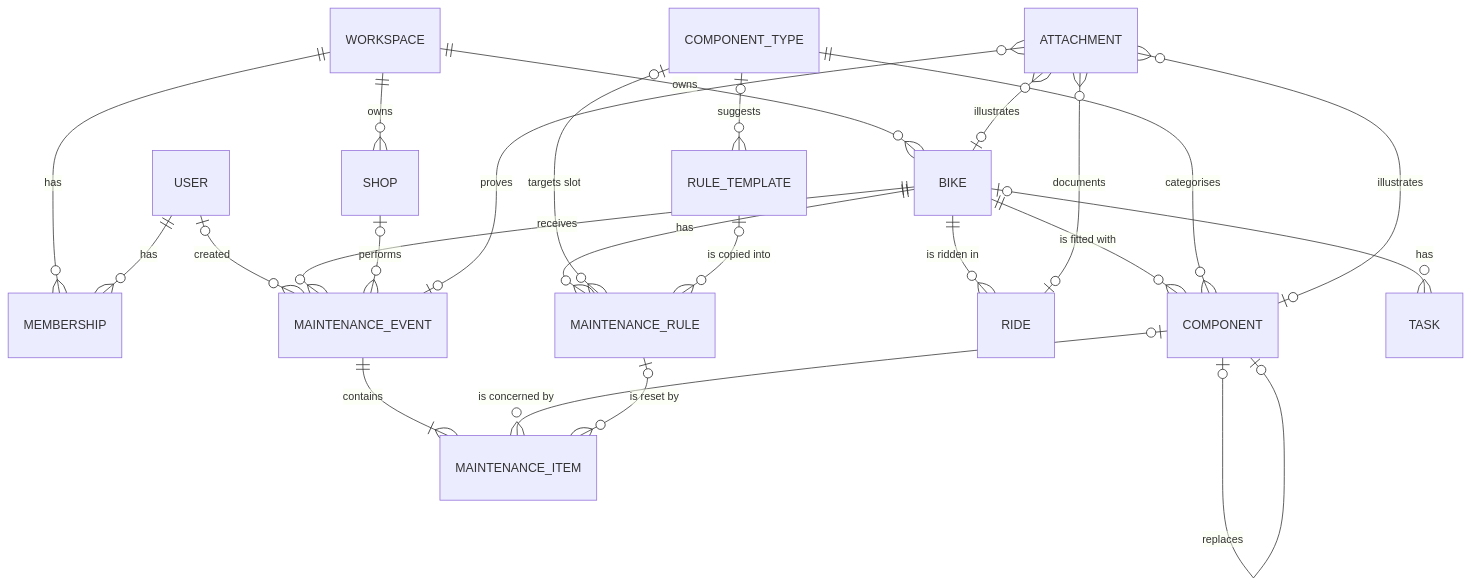
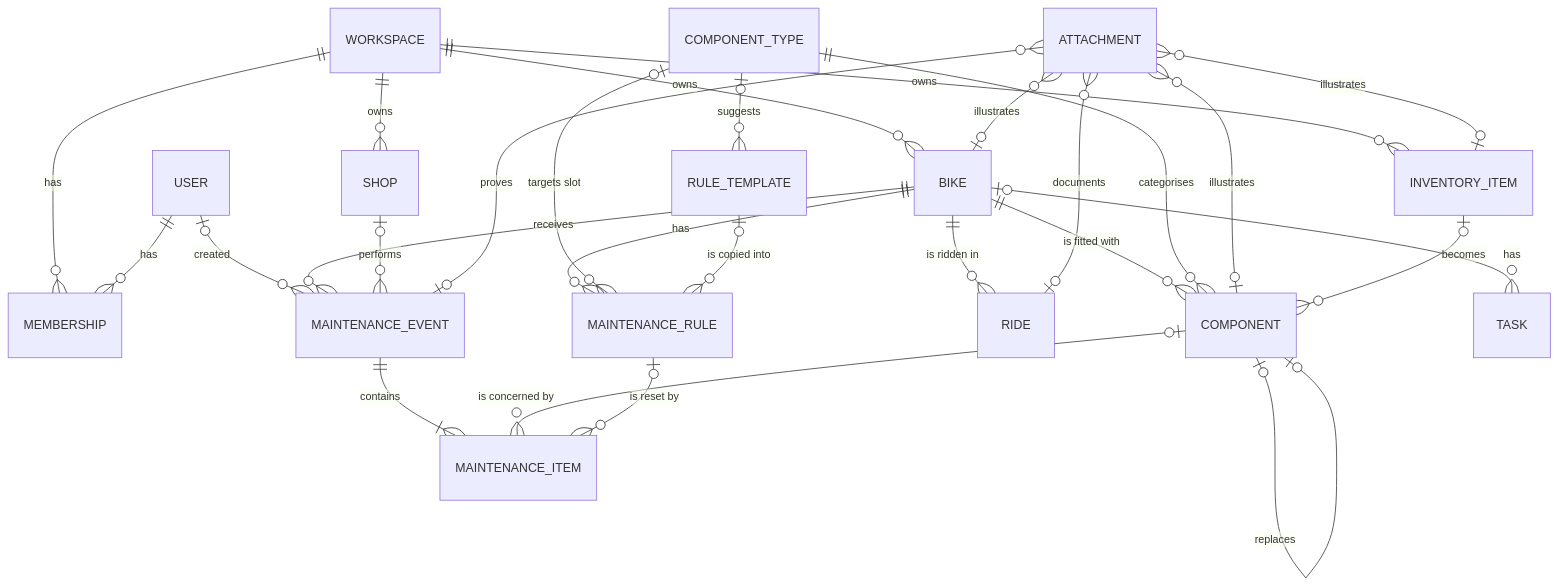
The first of 3 diagrams in docs/03-data-model.md (SylvainLeDEV/Bike-Book), drawn with Mermaid before and after one commit. The commit also changed other lines of this file and 10 other files, not shown here.

First line of the commit message:
refactor: update roadmap and design documentation for phase 1 and AI integration

````diff
--- a/docs/03-data-model.md
+++ b/docs/03-data-model.md
@@ -13,26 +15,29 @@
 ```mermaid
 erDiagram
     WORKSPACE ||--o{ MEMBERSHIP : "has"
     USER ||--o{ MEMBERSHIP : "has"
     WORKSPACE ||--o{ BIKE : "owns"
     WORKSPACE ||--o{ SHOP : "owns"
+    WORKSPACE ||--o{ INVENTORY_ITEM : "owns"
     USER |o--o{ MAINTENANCE_EVENT : "created"
     BIKE ||--o{ COMPONENT : "is fitted with"
     BIKE ||--o{ RIDE : "is ridden in"
     BIKE ||--o{ MAINTENANCE_EVENT : "receives"
     BIKE ||--o{ MAINTENANCE_RULE : "has"
     BIKE |o--o{ TASK : "has"
     MAINTENANCE_EVENT ||--|{ MAINTENANCE_ITEM : "contains"
     COMPONENT |o--o{ MAINTENANCE_ITEM : "is concerned by"
     COMPONENT |o--o| COMPONENT : "replaces"
     MAINTENANCE_RULE |o--o{ MAINTENANCE_ITEM : "is reset by"
     SHOP |o--o{ MAINTENANCE_EVENT : "performs"
     COMPONENT_TYPE ||--o{ COMPONENT : "categorises"
     COMPONENT_TYPE |o--o{ MAINTENANCE_RULE : "targets slot"
     COMPONENT_TYPE |o--o{ RULE_TEMPLATE : "suggests"
     RULE_TEMPLATE |o--o{ MAINTENANCE_RULE : "is copied into"
     ATTACHMENT }o--o| BIKE : "illustrates"
     ATTACHMENT }o--o| COMPONENT : "illustrates"
     ATTACHMENT }o--o| MAINTENANCE_EVENT : "proves"
     ATTACHMENT }o--o| RIDE : "documents"
+    ATTACHMENT }o--o| INVENTORY_ITEM : "illustrates"
+    INVENTORY_ITEM |o--o{ COMPONENT : "becomes"
 ```
````
